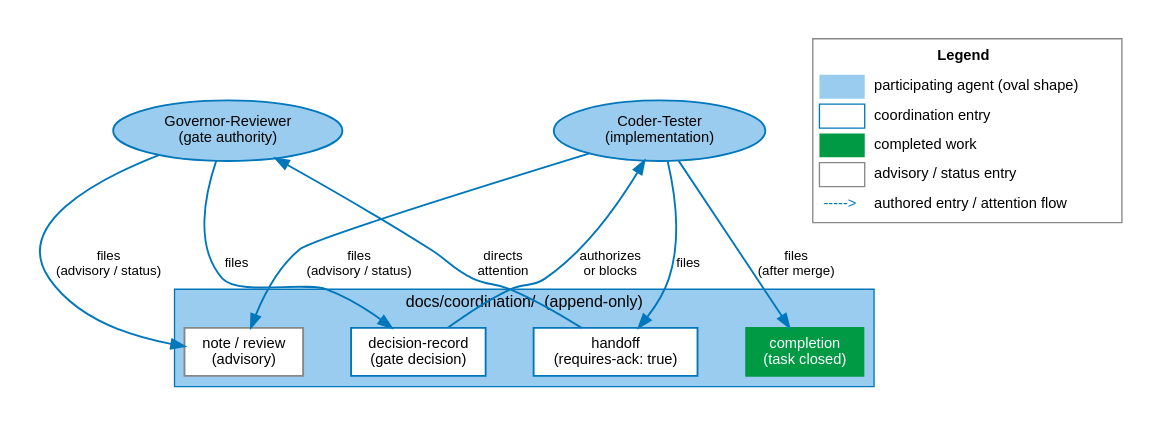
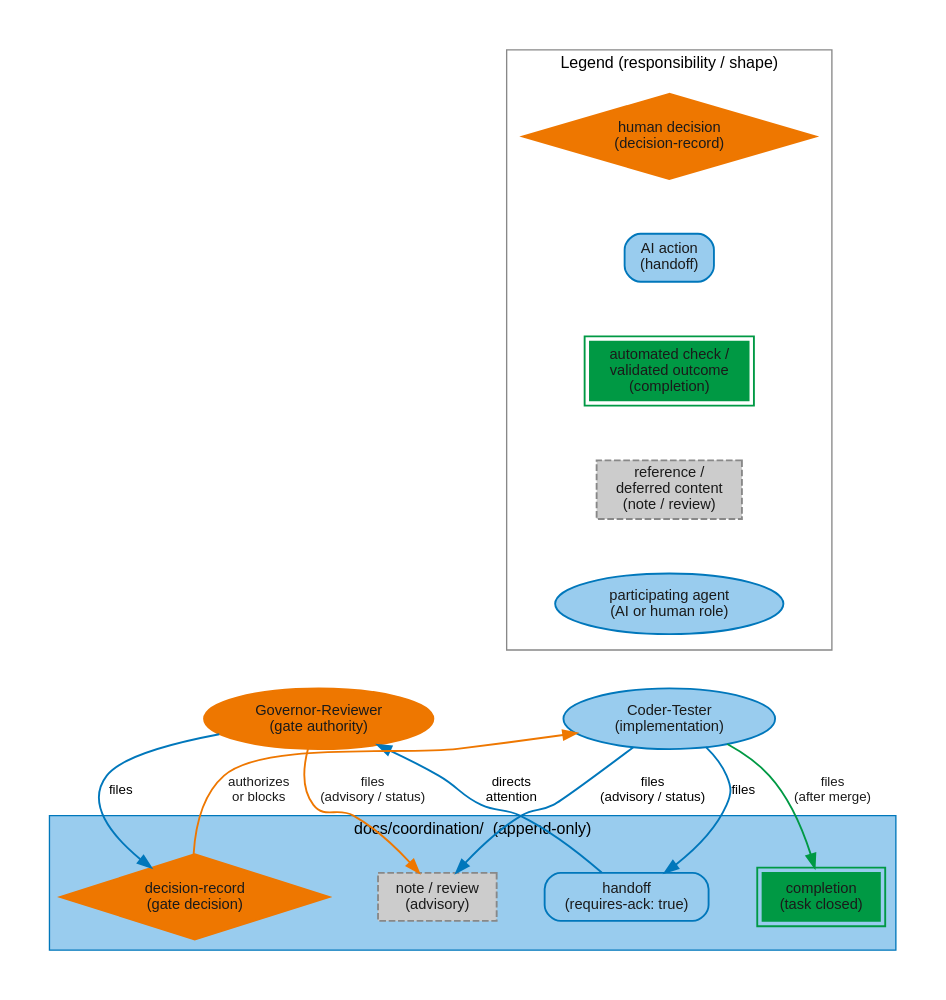
Before and after one commit to janipaijanen/agf-mirror: the diagram in agf/docs/figures/src/coordination-channel.dot, drawn with Graphviz. The commit also changed 17 other files, not shown here.

```diff
--- a/agf/docs/figures/src/coordination-channel.dot
+++ b/agf/docs/figures/src/coordination-channel.dot
@@ -1,51 +1,93 @@
 // SPDX-License-Identifier: CC-BY-SA-4.0
 // agents-govern: coordination channel and handoff resolution
 // Generate: dot -Tsvg coordination-channel.dot -o ../coordination-channel.svg
+//
+// Semantic responsibility palette: agf/docs/site/reference/palette.md
+// ("Semantic responsibility palette" section). Same contract and shape
+// key as the other converted figures. Message-kind nodes inside the
+// channel cluster map onto the five responsibility categories (who is
+// responsible for that kind of entry): handoff = AI action, decision-
+// record = Human decision, completion = Automated check/validated
+// outcome, note/review = Reference/deferred content (advisory, not
+// binding). The two agent nodes are a separate, self-labelled axis
+// ("participating agent," already the original figure's own legend
+// entry) -- ellipse shape, coloured to match the responsibility hue of
+// that agent's typical role (AI action blue for Coder-Tester, Human
+// decision amber for Governor-Reviewer) so the two axes stay visually
+// consistent without conflating "kind of coordination entry" with
+// "kind of participant."
 digraph coord_channel {
     graph [rankdir=TB, splines=spline, pad=0.3, nodesep=0.5, ranksep=0.55,
            bgcolor=white, fontname="Helvetica", fontsize=12]
     node  [fontname="Helvetica", fontsize=11, style=filled, shape=box,
            fillcolor=white, color="#0077BB", penwidth=1.4]
     edge  [fontname="Helvetica", fontsize=10, color="#0077BB", penwidth=1.4]
+
+    // Shape key: four responsibility categories plus the figure-local
+    // "participating agent" axis, matching the other converted figures'
+    // shape-key treatment.
+    subgraph cluster_shapekey {
+        label = "Legend (responsibility / shape)"
+        fontname = "Helvetica"
+        fontsize = 12
+        color = "#888888"
+        margin = 12
+
+        sk_diamond   [label="human decision\n(decision-record)", shape=diamond,
+                      fillcolor="#EE7700", color="#EE7700", fontcolor="#1A1A1A"]
+        sk_ai        [label="AI action\n(handoff)",
+                      style="filled,rounded", fillcolor="#99CCEE",
+                      color="#0077BB", fontcolor="#1A1A1A"]
+        sk_automated [label="automated check /\nvalidated outcome\n(completion)",
+                      style="filled,bold", peripheries=2, fillcolor="#009944",
+                      color="#009944", fontcolor="#1A1A1A"]
+        sk_reference [label="reference /\ndeferred content\n(note / review)",
+                      style="filled,dashed", fillcolor="#CCCCCC",
+                      color="#888888", fontcolor="#1A1A1A"]
+        sk_agent     [label="participating agent\n(AI or human role)",
+                      shape=ellipse, fillcolor="#99CCEE", color="#0077BB",
+                      fontcolor="#1A1A1A"]
+
+        sk_diamond -> sk_ai -> sk_automated -> sk_reference -> sk_agent
+            [style=invis]
+    }
 
     subgraph cluster_channel {
         label="docs/coordination/  (append-only)"
         style=filled
         fillcolor="#99CCEE"
         color="#0077BB"
         fontname="Helvetica"
         fontsize=12
 
-        handoff   [label="handoff\n(requires-ack: true)", fillcolor=white]
-        decision  [label="decision-record\n(gate decision)", fillcolor=white]
-        completion [label="completion\n(task closed)", fillcolor="#009944",
-                   fontcolor=white, color="#009944"]
-        note      [label="note / review\n(advisory)", fillcolor=white,
-                   color="#888888"]
+        handoff   [label="handoff\n(requires-ack: true)", style="filled,rounded",
+                   fillcolor="#99CCEE", color="#0077BB", fontcolor="#1A1A1A"]
+        decision  [label="decision-record\n(gate decision)", shape=diamond,
+                   fillcolor="#EE7700", color="#EE7700", fontcolor="#1A1A1A"]
+        completion [label="completion\n(task closed)", style="filled,bold",
+                   peripheries=2, fillcolor="#009944", color="#009944",
+                   fontcolor="#1A1A1A"]
+        note      [label="note / review\n(advisory)", style="filled,dashed",
+                   fillcolor="#CCCCCC", color="#888888", fontcolor="#1A1A1A"]
     }
 
     agent_a  [label="Coder-Tester\n(implementation)", shape=ellipse,
-              fillcolor="#99CCEE"]
+              fillcolor="#99CCEE", color="#0077BB", fontcolor="#1A1A1A"]
     agent_b  [label="Governor-Reviewer\n(gate authority)", shape=ellipse,
-              fillcolor="#99CCEE"]
+              fillcolor="#EE7700", color="#EE7700", fontcolor="#1A1A1A"]
+
+    // Stack the shape key above the diagram, same technique as the
+    // other converted figures.
+    sk_agent -> agent_a [style=invis]
 
     agent_a  -> handoff   [label="files"]
     handoff  -> agent_b   [label="directs\nattention"]
     agent_b  -> decision  [label="files"]
-    decision -> agent_a   [label="authorizes\nor blocks"]
-    agent_a  -> completion [label="files\n(after merge)"]
+    decision -> agent_a   [label="authorizes\nor blocks", color="#EE7700",
+                           fontcolor="#1A1A1A"]
+    agent_a  -> completion [label="files\n(after merge)", color="#009944",
+                            fontcolor="#1A1A1A"]
     agent_a  -> note      [label="files\n(advisory / status)"]
-    agent_b  -> note      [label="files\n(advisory / status)"]
-
-    legend [shape=plain, label=<
-        <TABLE BORDER="1" CELLBORDER="0" CELLSPACING="4" CELLPADDING="3" COLOR="#888888" BGCOLOR="white">
-            <TR><TD COLSPAN="2"><B>Legend</B></TD></TR>
-            <TR><TD BGCOLOR="#99CCEE" WIDTH="28"></TD><TD ALIGN="LEFT">participating agent (oval shape)</TD></TR>
-            <TR><TD BORDER="1" COLOR="#0077BB" WIDTH="28"></TD><TD ALIGN="LEFT">coordination entry</TD></TR>
-            <TR><TD BGCOLOR="#009944" WIDTH="28"></TD><TD ALIGN="LEFT">completed work</TD></TR>
-            <TR><TD BORDER="1" COLOR="#888888" WIDTH="28"></TD><TD ALIGN="LEFT">advisory / status entry</TD></TR>
-            <TR><TD><FONT COLOR="#0077BB">-----&gt;</FONT></TD><TD ALIGN="LEFT">authored entry / attention flow</TD></TR>
-        </TABLE>
-    >]
-    {rank=same; legend; agent_a}
+    agent_b  -> note      [label="files\n(advisory / status)", color="#EE7700",
+                           fontcolor="#1A1A1A"]
 }
```
